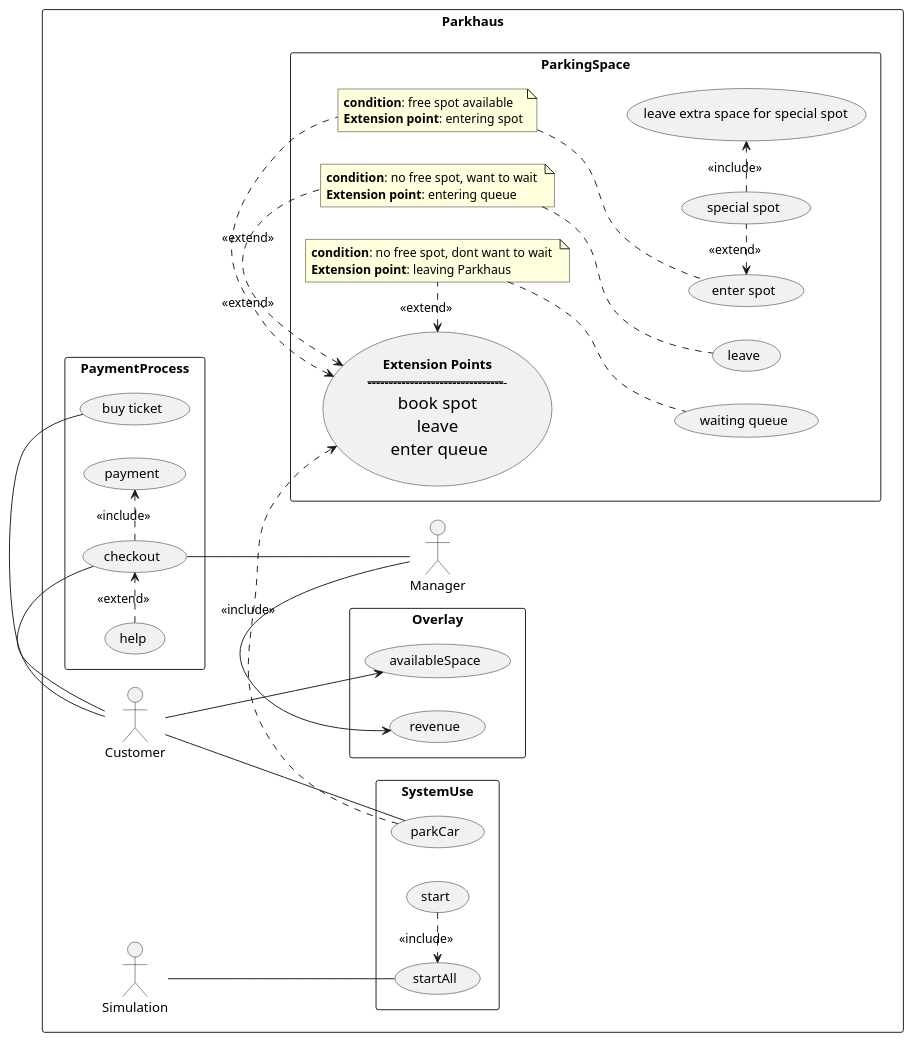
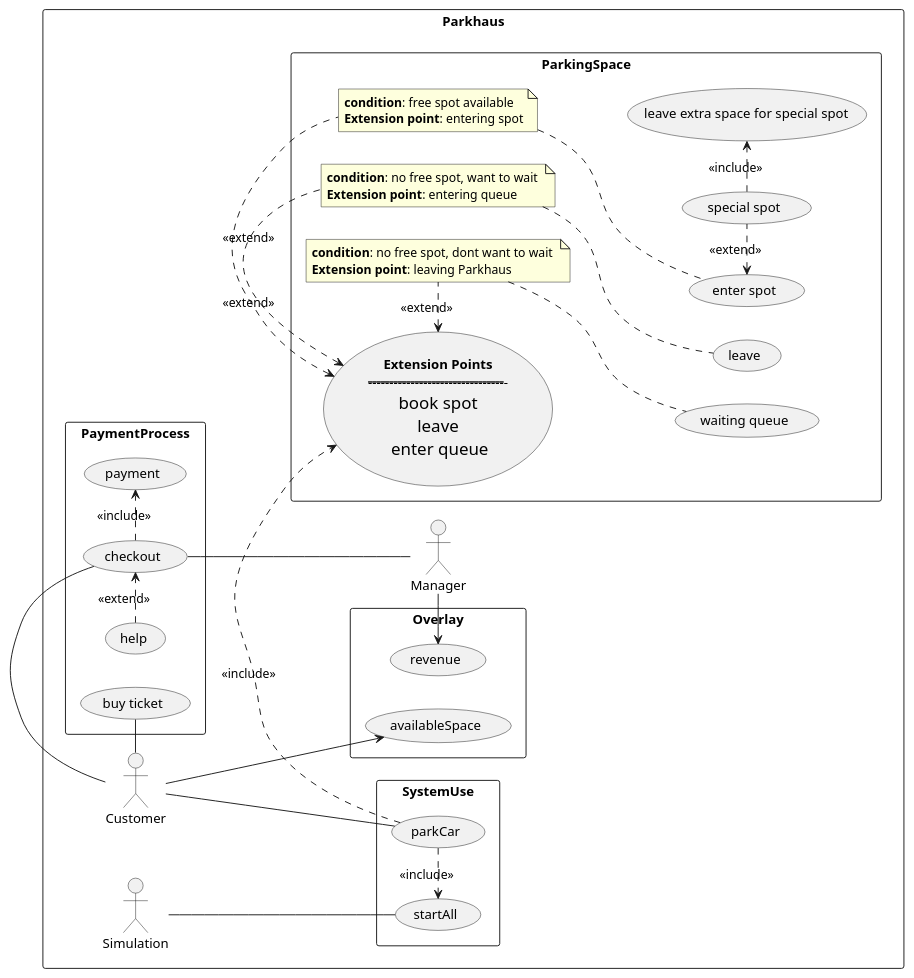
Before and after one commit to 1nbetw33n/Parkhaus_new: the diagram in src/main/exercise4/uc_Parkhaus.puml, drawn with PlantUML.

Commit message:
Changed uc_Parkhaus, erased (start) from SystemUse and uses (parkCar) now instead

```diff
--- a/src/main/exercise4/uc_Parkhaus.puml
+++ b/src/main/exercise4/uc_Parkhaus.puml
@@ -1,57 +1,57 @@
 @startuml
 left to right direction
 skinparam packageStyle rectangle
 
 package Parkhaus {
     actor Simulation as S
     actor Customer as C
     actor Manager as M
 
     rectangle SystemUse {
         (startAll) as (sA)
         (parkCar) as pC
 
-        (start) .> (sA) : <<include>>
+        (pC) .> (sA) : <<include>>
         S -- (sA)
         C -- (pC)
     }
 
 
     rectangle ParkingSpace {
         (** Extension Points **\n ----------------------------------------------------------------------------------------------------------------------------------------------------------------- \n <size:18>book spot</size> \n <size:18>leave</size> \n <size:18>enter queue</size>) as E1
         note "**condition**: free spot available \n**Extension point**: entering spot" as n1
         note "**condition**: no free spot, want to wait \n**Extension point**: entering queue" as n2
         note "**condition**: no free spot, dont want to wait \n**Extension point**: leaving Parkhaus" as n3
         (enter spot) as (es)
         (special spot) as (ss)
         (leave extra space for special spot) as (extra spot)
         (waiting queue) as (wq)
 
         (pC) .> E1 : <<include>>
         E1 <. n1 : <<extend>>
         n1 .. (es)
         E1 <. n2 : <<extend>>
         n2 .. (leave)
         E1 <. n3 : <<extend>>
         n3 .. (wq)
         (es) <. (ss) : <<extend>>
         (ss) .> (extra spot) : <<include>>
     }
 
 
     rectangle PaymentProcess {
      (checkout) .> (payment) : <<include>>
         C - (buy ticket)
         C - (checkout)
         (help) .> (checkout) : <<extend>>
         (checkout) -- M
     }
 
 
     rectangle Overlay {
         C -> (availableSpace)
         M -> (revenue)
     }
 }
 
 @enduml
```
